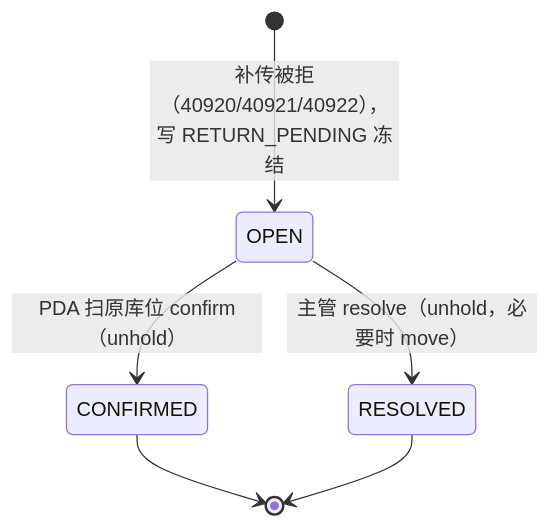
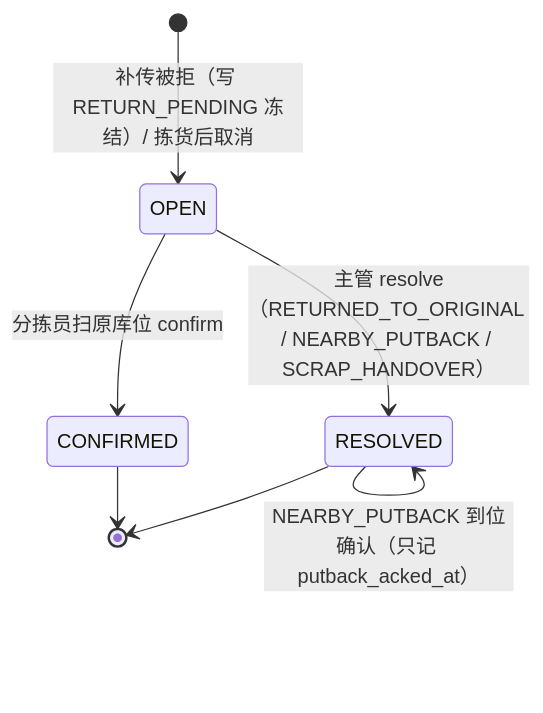
One commit to Akarin7784/fresh-wms changed the second of 4 diagrams in docs/04-出库与分配.md. Above: the diagram before and after it, drawn with Mermaid. The commit also changed other lines of this file and 3 other files, not shown here.

Commit message:
docs(04,00): 按小赵 04 对抗评审修订（B1 alloc_round 占用键、B2 已拣量守卫、B3 引用 02 hold 口径、I1–I8、S1–S5）；00 新增部署形态、POD_OP/POD_CORRECT、4095x 配送号段、第 16 篇；schema 加 ck_obo_status/source_hash/alloc_round，lot 日期改 DATE

````diff
--- a/docs/04-出库与分配.md
+++ b/docs/04-出库与分配.md
@@ -206,8 +235,9 @@
 ```mermaid
 stateDiagram-v2
-  [*] --> OPEN: 补传被拒（40920/40921/40922），写 RETURN_PENDING 冻结
-  OPEN --> CONFIRMED: PDA 扫原库位 confirm（unhold）
-  OPEN --> RESOLVED: 主管 resolve（unhold，必要时 move）
+  [*] --> OPEN: 补传被拒（写 RETURN_PENDING 冻结）/ 拣货后取消
+  OPEN --> CONFIRMED: 分拣员扫原库位 confirm
+  OPEN --> RESOLVED: 主管 resolve（RETURNED_TO_ORIGINAL / NEARBY_PUTBACK / SCRAP_HANDOVER）
+  RESOLVED --> RESOLVED: NEARBY_PUTBACK 到位确认（只记 putback_acked_at）
   CONFIRMED --> [*]
   RESOLVED --> [*]
 ```
````
